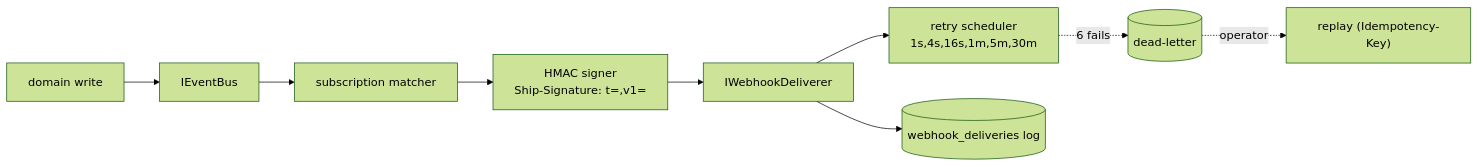
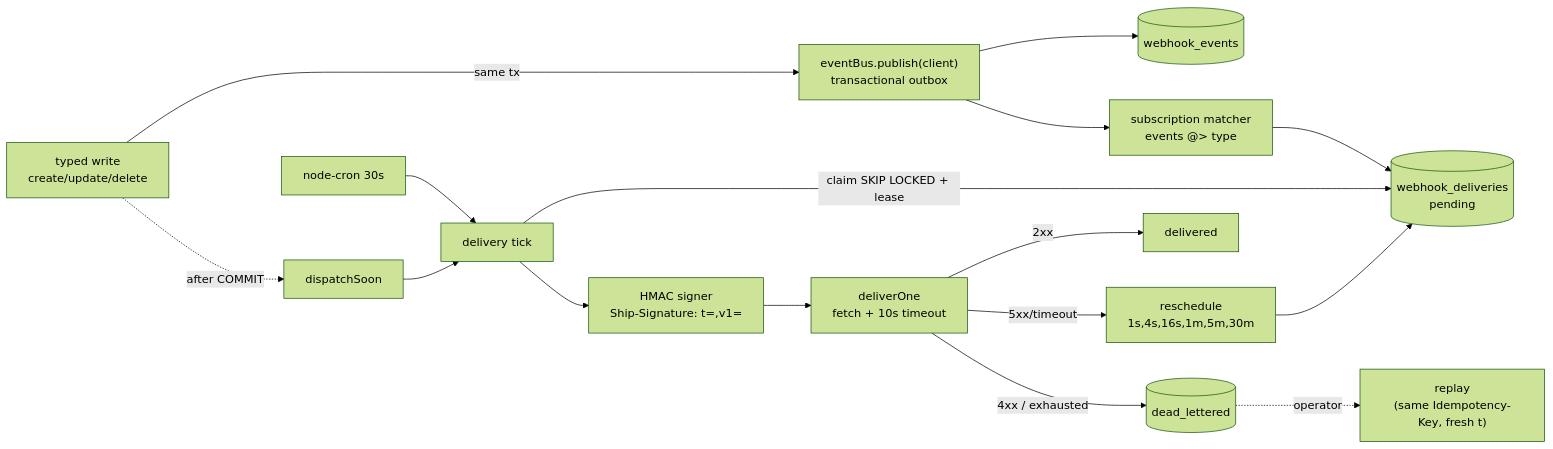
The fourth of 4 diagrams in docs/architecture.md (ryanjagger/ship), drawn with Mermaid (forest theme) before and after one commit. The commit also changed other lines of this file, not shown here.

First line of the commit message:
docs(architecture): webhooks as built (was Planned)

````diff
--- a/docs/architecture.md
+++ b/docs/architecture.md
@@ -237,11 +273,18 @@
 ```mermaid
 flowchart LR
-    W[domain write] --> EB[IEventBus]
-    EB --> M[subscription matcher]
-    M --> S["HMAC signer\nShip-Signature: t=,v1="]
-    S --> D[IWebhookDeliverer]
-    D --> R[retry scheduler\n1s,4s,16s,1m,5m,30m]
-    D --> L[(webhook_deliveries log)]
-    R -. 6 fails .-> DLQ[(dead-letter)]
-    DLQ -. operator .-> RP["replay (Idempotency-Key)"]
+    W[typed write\ncreate/update/delete] -->|same tx| EB["eventBus.publish(client)\ntransactional outbox"]
+    EB --> WE[(webhook_events)]
+    EB --> M[subscription matcher\nevents @> type]
+    M --> WD[(webhook_deliveries\npending)]
+    W -. after COMMIT .-> DS[dispatchSoon]
+    DS --> T[delivery tick]
+    CR[node-cron 30s] --> T
+    T -->|claim SKIP LOCKED + lease| WD
+    T --> S["HMAC signer\nShip-Signature: t=,v1="]
+    S --> D["deliverOne\nfetch + 10s timeout"]
+    D -->|2xx| OK[delivered]
+    D -->|5xx/timeout| R[reschedule\n1s,4s,16s,1m,5m,30m]
+    D -->|4xx / exhausted| DLQ[(dead_lettered)]
+    R --> WD
+    DLQ -. operator .-> RP["replay\n(same Idempotency-Key, fresh t)"]
 ```
````
